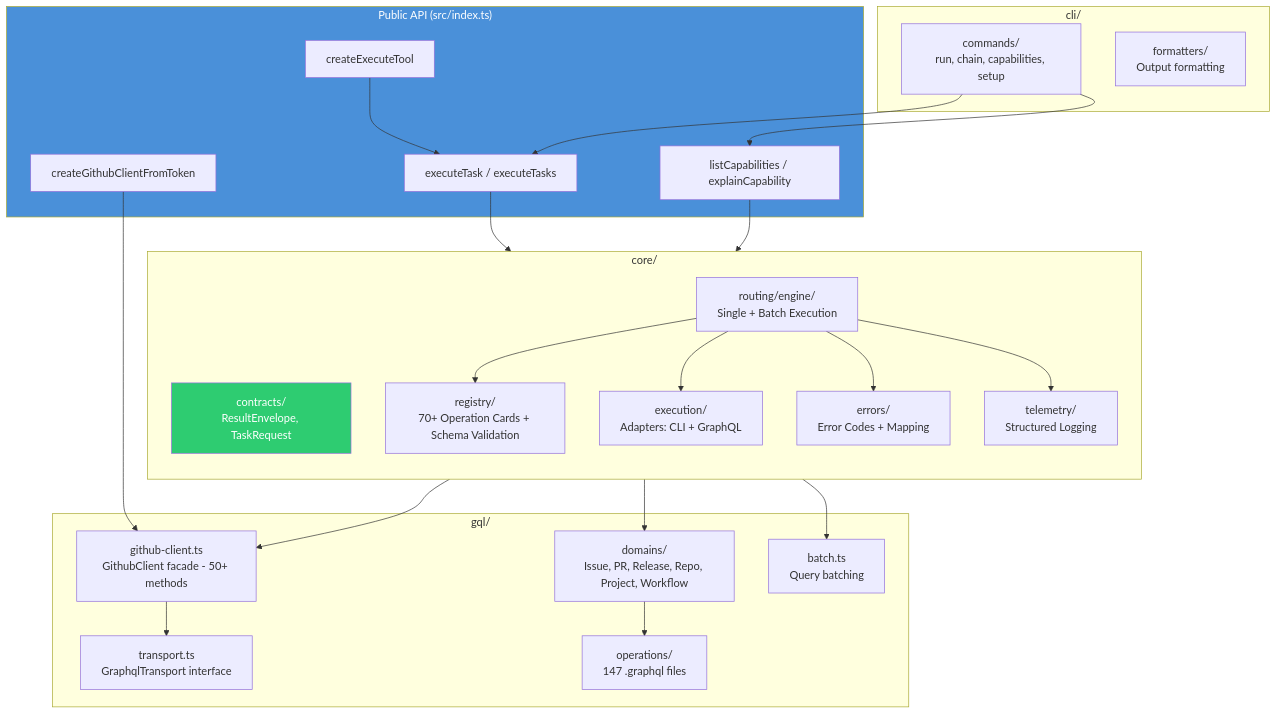
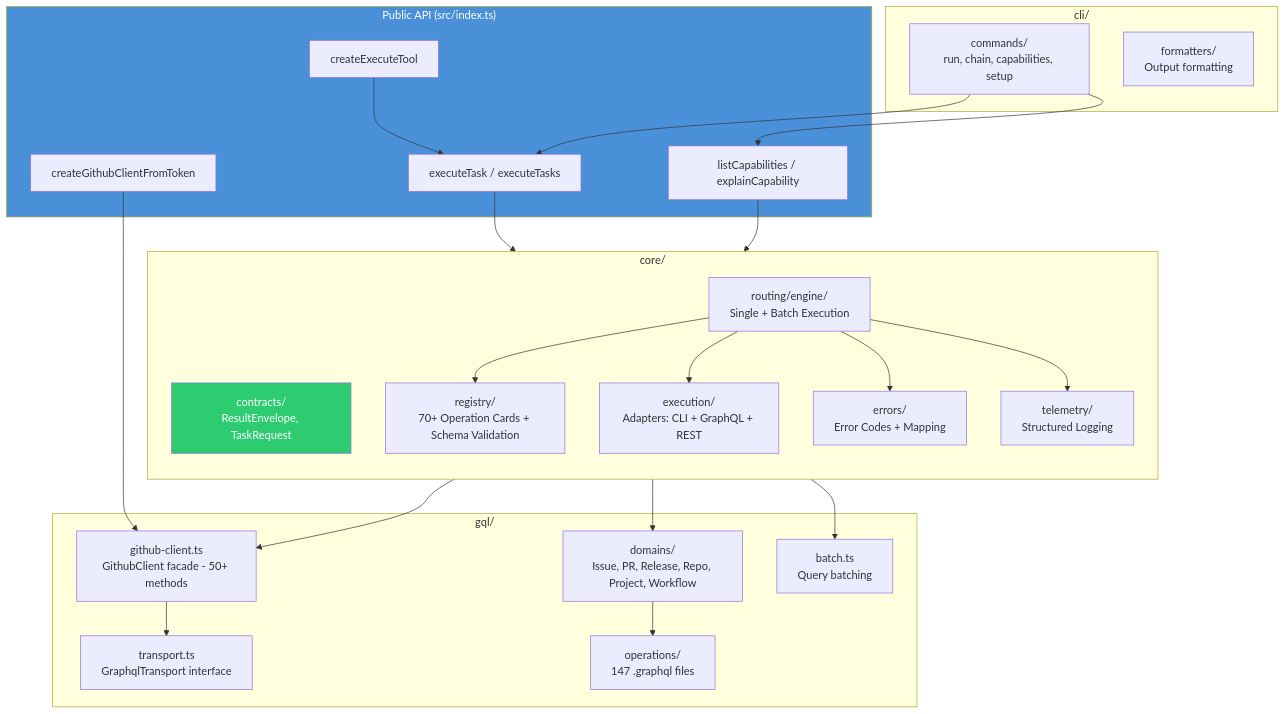
The first of 2 diagrams in packages/core/docs/architecture/README.md (aryeko/ghx), drawn with Mermaid before and after one commit. The commit also changed other lines of this file and 38 other files, not shown here.

````diff
--- a/packages/core/docs/architecture/README.md
+++ b/packages/core/docs/architecture/README.md
@@ -7,55 +7,55 @@
 ```mermaid
 graph TB
     subgraph Public["Public API (src/index.ts)"]
         ET[executeTask / executeTasks]
         CC[createGithubClientFromToken]
         REG[listCapabilities / explainCapability]
         TOOL[createExecuteTool]
     end
 
     subgraph Core["core/"]
         direction TB
         CONTRACTS[contracts/<br/>ResultEnvelope, TaskRequest]
         REGISTRY[registry/<br/>70+ Operation Cards + Schema Validation]
         ROUTING[routing/engine/<br/>Single + Batch Execution]
-        EXEC[execution/<br/>Adapters: CLI + GraphQL]
+        EXEC[execution/<br/>Adapters: CLI + GraphQL + REST]
         ERRORS[errors/<br/>Error Codes + Mapping]
         TELEM[telemetry/<br/>Structured Logging]
     end
 
     subgraph GQL["gql/"]
         TRANSPORT[transport.ts<br/>GraphqlTransport interface]
         CLIENT[github-client.ts<br/>GithubClient facade - 50+ methods]
         DOMAINS[domains/<br/>Issue, PR, Release, Repo, Project, Workflow]
         OPS[operations/<br/>147 .graphql files]
         BATCH[batch.ts<br/>Query batching]
     end
 
     subgraph CLI["cli/"]
         CMDS[commands/<br/>run, chain, capabilities, setup]
         FMT[formatters/<br/>Output formatting]
     end
 
     ET --> ROUTING
     CC --> CLIENT
     REG --> REGISTRY
     TOOL --> ET
 
     ROUTING --> REGISTRY
     ROUTING --> EXEC
     ROUTING --> ERRORS
     ROUTING --> TELEM
     ROUTING --> BATCH
 
     EXEC --> CLIENT
     EXEC --> DOMAINS
 
     CLIENT --> TRANSPORT
     DOMAINS --> OPS
 
     CMDS --> ET
     CMDS --> REG
 
     style Public fill:#4A90D9,color:#fff
     style CONTRACTS fill:#2ECC71,color:#fff
 ```
````
